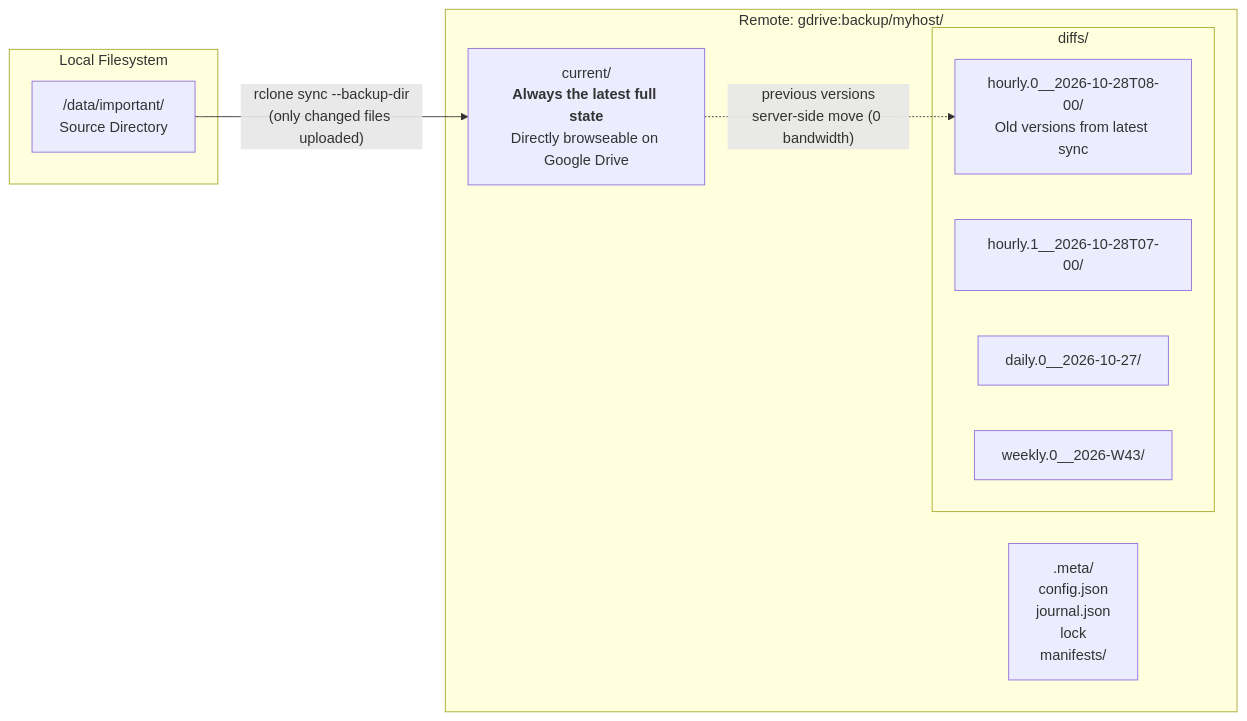
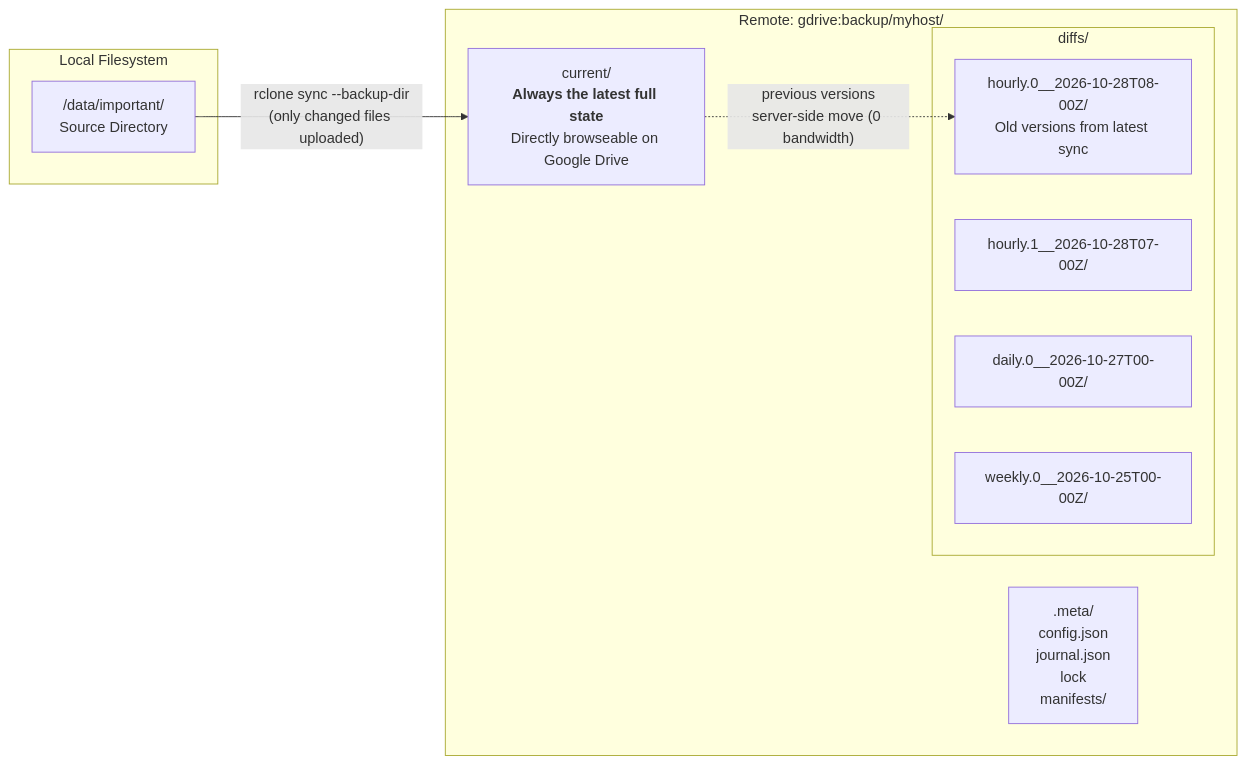
The first of 2 diagrams in walkthrough.md (shabeer/incr_backup), drawn with Mermaid before and after one commit. The commit also changed other lines of this file and 7 other files, not shown here.

````diff
--- a/walkthrough.md
+++ b/walkthrough.md
@@ -37,20 +37,20 @@
 ```mermaid
 flowchart LR
     subgraph "Local Filesystem"
         SRC["/data/important/<br/>Source Directory"]
     end
 
     subgraph "Remote: gdrive:backup/myhost/"
         CUR["current/<br/><b>Always the latest full state</b><br/>Directly browseable on Google Drive"]
         subgraph "diffs/"
-            D0["hourly.0__2026-10-28T08-00/<br/>Old versions from latest sync"]
-            D1["hourly.1__2026-10-28T07-00/"]
-            D2["daily.0__2026-10-27/"]
-            D3["weekly.0__2026-W43/"]
+            D0["hourly.0__2026-10-28T08-00Z/<br/>Old versions from latest sync"]
+            D1["hourly.1__2026-10-28T07-00Z/"]
+            D2["daily.0__2026-10-27T00-00Z/"]
+            D3["weekly.0__2026-10-25T00-00Z/"]
         end
         META[".meta/<br/>config.json<br/>journal.json<br/>lock<br/>manifests/"]
     end
 
     SRC -->|"rclone sync --backup-dir<br/>(only changed files uploaded)"| CUR
     CUR -.->|"previous versions<br/>server-side move (0 bandwidth)"| D0
 ```
````
